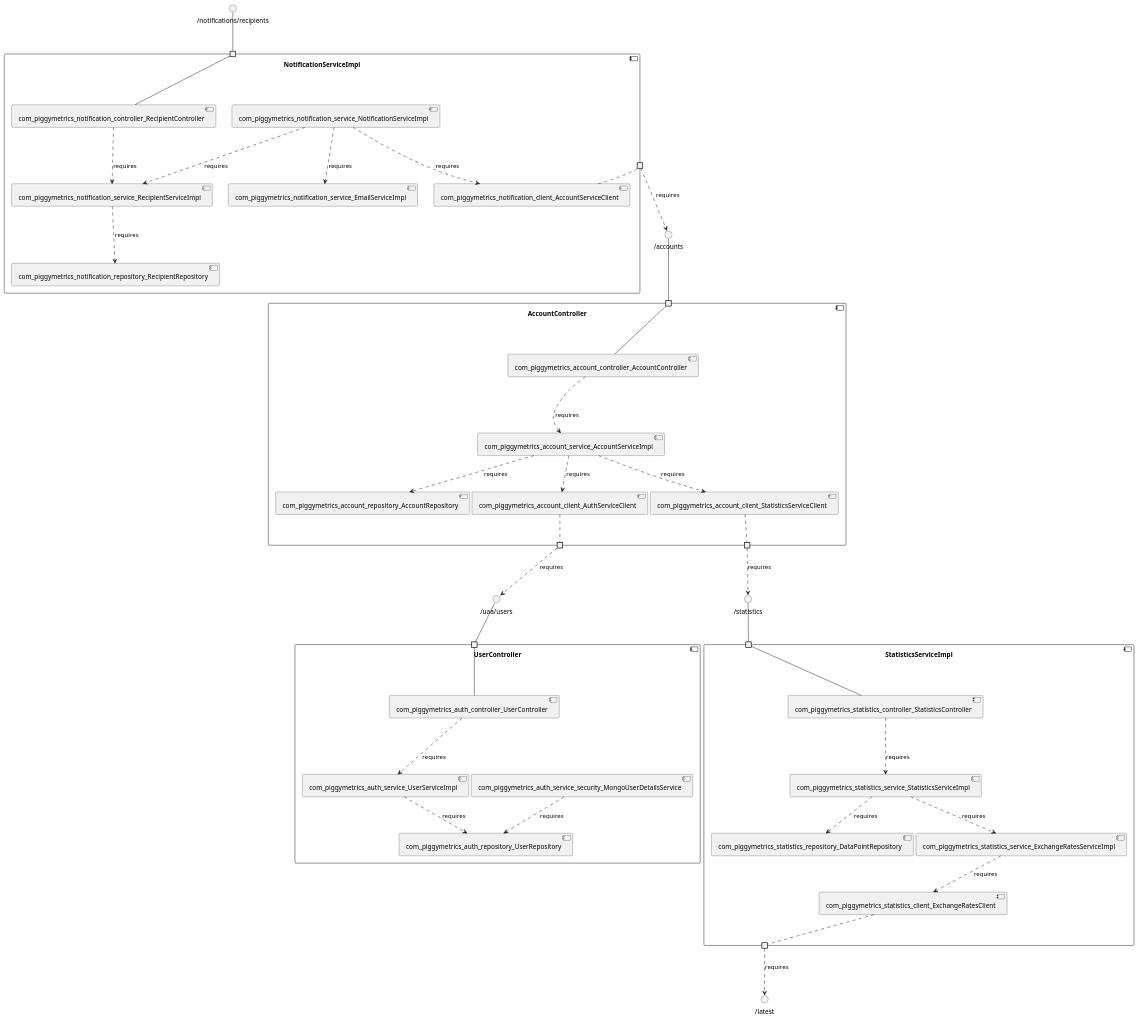
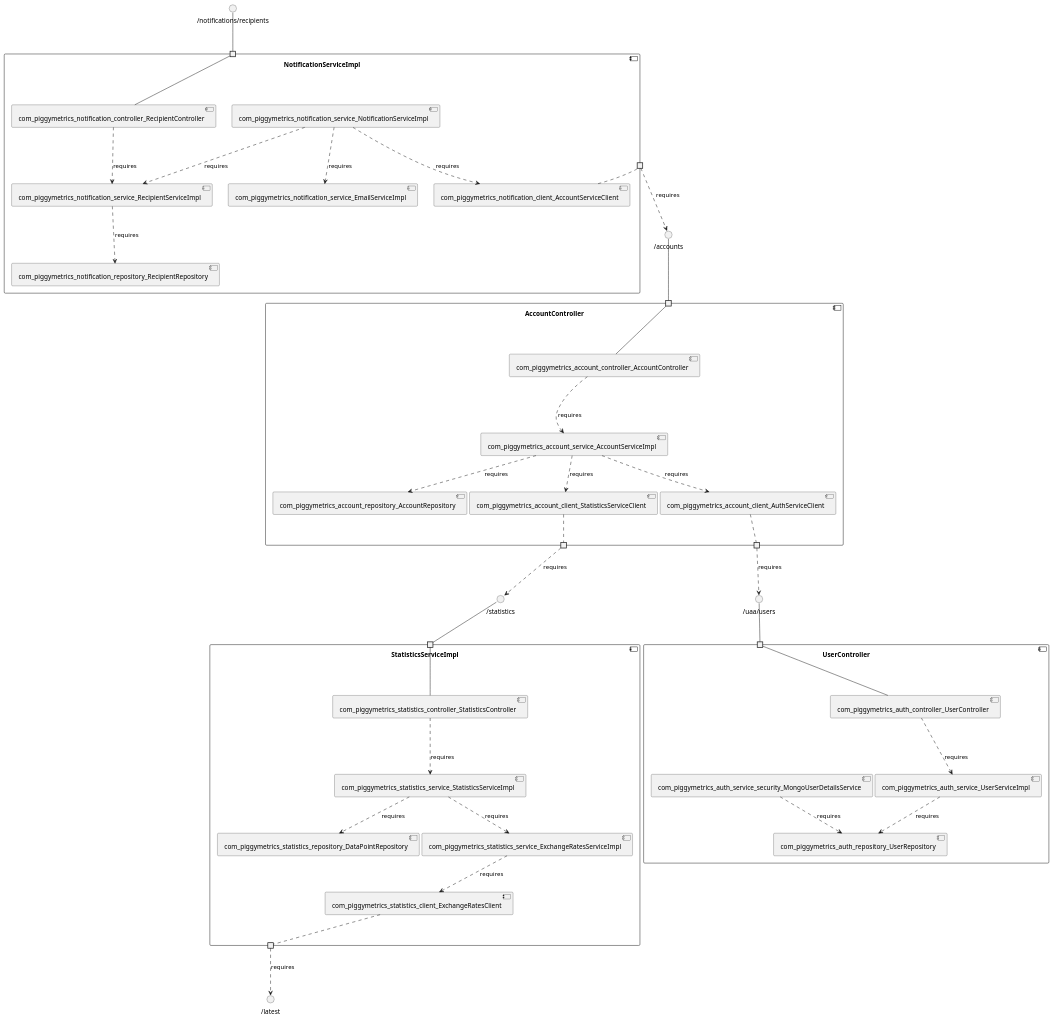
The diagram in piggymetrics/model_re/uml/componentDiagram.puml (View-Based-Reverse-Engineering/Retriever-Benchmark), drawn with PlantUML before and after one commit. The commit also changed other lines of this file and 162 other files, not shown here.

```diff
--- a/piggymetrics/model_re/uml/componentDiagram.puml
+++ b/piggymetrics/model_re/uml/componentDiagram.puml
@@ -1,80 +1,80 @@
 @startuml
 skinparam fixCircleLabelOverlapping true
 component "AccountController\n\n\n\n\n\n" {
-[com_piggymetrics_account_service_AccountServiceImpl]
 [com_piggymetrics_account_client_AuthServiceClient]
 [com_piggymetrics_account_controller_AccountController]
 [com_piggymetrics_account_client_StatisticsServiceClient]
 [com_piggymetrics_account_repository_AccountRepository]
+[com_piggymetrics_account_service_AccountServiceImpl]
 portin " " as AccountController.requires._accounts
+portout " " as AccountController.provides._statistics
 portout " " as AccountController.provides._uaa_users
-portout " " as AccountController.provides._statistics
+[com_piggymetrics_account_service_AccountServiceImpl]..>[com_piggymetrics_account_repository_AccountRepository] : requires
+[com_piggymetrics_account_service_AccountServiceImpl]..>[com_piggymetrics_account_client_AuthServiceClient] : requires
 [com_piggymetrics_account_controller_AccountController]..>[com_piggymetrics_account_service_AccountServiceImpl] : requires
 [com_piggymetrics_account_service_AccountServiceImpl]..>[com_piggymetrics_account_client_StatisticsServiceClient] : requires
-[com_piggymetrics_account_service_AccountServiceImpl]..>[com_piggymetrics_account_repository_AccountRepository] : requires
-[com_piggymetrics_account_service_AccountServiceImpl]..>[com_piggymetrics_account_client_AuthServiceClient] : requires
 "AccountController.requires._accounts"--[com_piggymetrics_account_controller_AccountController]
 [com_piggymetrics_account_client_AuthServiceClient].."AccountController.provides._uaa_users"
 [com_piggymetrics_account_client_StatisticsServiceClient].."AccountController.provides._statistics"
 }
 interface "/accounts" as interface._accounts
 interface._accounts--"AccountController.requires._accounts"
 interface "/uaa/users" as interface._uaa_users
 "AccountController.provides._uaa_users"..>interface._uaa_users : requires
 interface "/statistics" as interface._statistics
 "AccountController.provides._statistics"..>interface._statistics : requires
 component "NotificationServiceImpl\n\n\n\n\n\n" {
+[com_piggymetrics_notification_client_AccountServiceClient]
+[com_piggymetrics_notification_service_RecipientServiceImpl]
+[com_piggymetrics_notification_service_NotificationServiceImpl]
+[com_piggymetrics_notification_service_EmailServiceImpl]
 [com_piggymetrics_notification_controller_RecipientController]
 [com_piggymetrics_notification_repository_RecipientRepository]
-[com_piggymetrics_notification_service_RecipientServiceImpl]
-[com_piggymetrics_notification_client_AccountServiceClient]
-[com_piggymetrics_notification_service_NotificationServiceImpl]
-[com_piggymetrics_notification_service_EmailServiceImpl]
 portin " " as NotificationServiceImpl.requires._notifications_recipients
 portout " " as NotificationServiceImpl.provides._accounts
+[com_piggymetrics_notification_service_RecipientServiceImpl]..>[com_piggymetrics_notification_repository_RecipientRepository] : requires
 [com_piggymetrics_notification_service_NotificationServiceImpl]..>[com_piggymetrics_notification_client_AccountServiceClient] : requires
-[com_piggymetrics_notification_service_RecipientServiceImpl]..>[com_piggymetrics_notification_repository_RecipientRepository] : requires
+[com_piggymetrics_notification_service_NotificationServiceImpl]..>[com_piggymetrics_notification_service_RecipientServiceImpl] : requires
 [com_piggymetrics_notification_controller_RecipientController]..>[com_piggymetrics_notification_service_RecipientServiceImpl] : requires
-[com_piggymetrics_notification_service_NotificationServiceImpl]..>[com_piggymetrics_notification_service_RecipientServiceImpl] : requires
 [com_piggymetrics_notification_service_NotificationServiceImpl]..>[com_piggymetrics_notification_service_EmailServiceImpl] : requires
 "NotificationServiceImpl.requires._notifications_recipients"--[com_piggymetrics_notification_controller_RecipientController]
 [com_piggymetrics_notification_client_AccountServiceClient].."NotificationServiceImpl.provides._accounts"
 }
 interface "/notifications/recipients" as interface._notifications_recipients
 interface._notifications_recipients--"NotificationServiceImpl.requires._notifications_recipients"
 interface "/accounts" as interface._accounts
 "NotificationServiceImpl.provides._accounts"..>interface._accounts : requires
 component "StatisticsServiceImpl\n\n\n\n\n\n" {
+[com_piggymetrics_statistics_service_StatisticsServiceImpl]
 [com_piggymetrics_statistics_client_ExchangeRatesClient]
-[com_piggymetrics_statistics_controller_StatisticsController]
-[com_piggymetrics_statistics_service_StatisticsServiceImpl]
 [com_piggymetrics_statistics_repository_DataPointRepository]
 [com_piggymetrics_statistics_service_ExchangeRatesServiceImpl]
+[com_piggymetrics_statistics_controller_StatisticsController]
 portin " " as StatisticsServiceImpl.requires._statistics
 portout " " as StatisticsServiceImpl.provides._latest
+[com_piggymetrics_statistics_service_ExchangeRatesServiceImpl]..>[com_piggymetrics_statistics_client_ExchangeRatesClient] : requires
 [com_piggymetrics_statistics_service_StatisticsServiceImpl]..>[com_piggymetrics_statistics_service_ExchangeRatesServiceImpl] : requires
 [com_piggymetrics_statistics_service_StatisticsServiceImpl]..>[com_piggymetrics_statistics_repository_DataPointRepository] : requires
 [com_piggymetrics_statistics_controller_StatisticsController]..>[com_piggymetrics_statistics_service_StatisticsServiceImpl] : requires
-[com_piggymetrics_statistics_service_ExchangeRatesServiceImpl]..>[com_piggymetrics_statistics_client_ExchangeRatesClient] : requires
 "StatisticsServiceImpl.requires._statistics"--[com_piggymetrics_statistics_controller_StatisticsController]
 [com_piggymetrics_statistics_client_ExchangeRatesClient].."StatisticsServiceImpl.provides._latest"
 }
 interface "/statistics" as interface._statistics
 interface._statistics--"StatisticsServiceImpl.requires._statistics"
 interface "/latest" as interface._latest
 "StatisticsServiceImpl.provides._latest"..>interface._latest : requires
 component "UserController\n\n\n\n\n\n" {
+[com_piggymetrics_auth_controller_UserController]
+[com_piggymetrics_auth_service_security_MongoUserDetailsService]
 [com_piggymetrics_auth_service_UserServiceImpl]
-[com_piggymetrics_auth_service_security_MongoUserDetailsService]
 [com_piggymetrics_auth_repository_UserRepository]
-[com_piggymetrics_auth_controller_UserController]
 portin " " as UserController.requires._uaa_users
 [com_piggymetrics_auth_controller_UserController]..>[com_piggymetrics_auth_service_UserServiceImpl] : requires
+[com_piggymetrics_auth_service_security_MongoUserDetailsService]..>[com_piggymetrics_auth_repository_UserRepository] : requires
 [com_piggymetrics_auth_service_UserServiceImpl]..>[com_piggymetrics_auth_repository_UserRepository] : requires
-[com_piggymetrics_auth_service_security_MongoUserDetailsService]..>[com_piggymetrics_auth_repository_UserRepository] : requires
 "UserController.requires._uaa_users"--[com_piggymetrics_auth_controller_UserController]
 }
 interface "/uaa/users" as interface._uaa_users
 interface._uaa_users--"UserController.requires._uaa_users"
 
 @enduml
```
